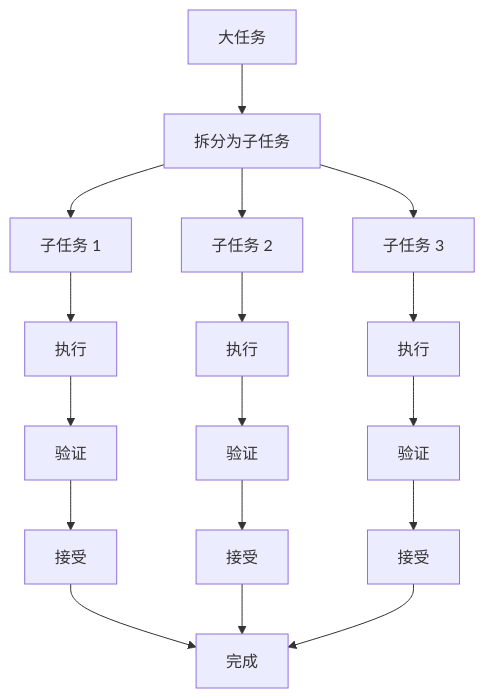
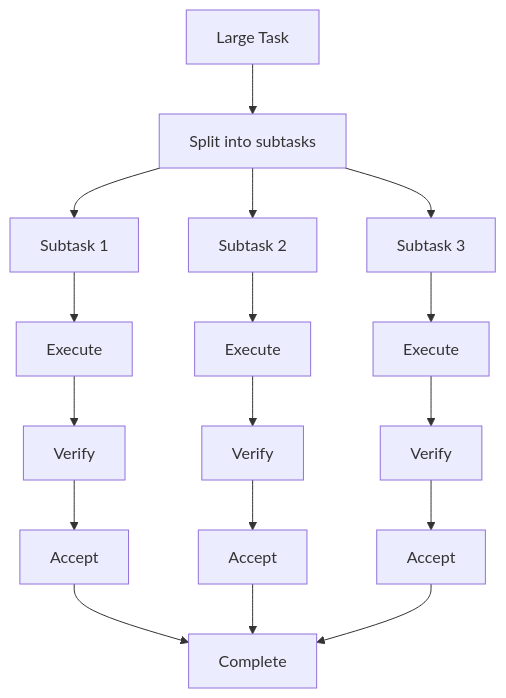
Before and after one commit to DDR187/cursor-howto: the sixth of 6 diagrams in 05-composer/README.md, drawn with Mermaid. The commit also changed other lines of this file and 22 other files, not shown here.

````diff
--- a/05-composer/README.md
+++ b/05-composer/README.md
@@ -304,23 +304,23 @@
 ```mermaid
 flowchart TB
-    A[大任务] --> B[拆分为子任务]
-    B --> C[子任务 1]
-    B --> D[子任务 2]
-    B --> E[子任务 3]
+    A[Large Task] --> B[Split into subtasks]
+    B --> C[Subtask 1]
+    B --> D[Subtask 2]
+    B --> E[Subtask 3]
     
-    C --> C1[执行]
-    C1 --> C2[验证]
-    C2 --> C3[接受]
+    C --> C1[Execute]
+    C1 --> C2[Verify]
+    C2 --> C3[Accept]
     
-    D --> D1[执行]
-    D1 --> D2[验证]
-    D2 --> D3[接受]
+    D --> D1[Execute]
+    D1 --> D2[Verify]
+    D2 --> D3[Accept]
     
-    E --> E1[执行]
-    E1 --> E2[验证]
-    E2 --> E3[接受]
+    E --> E1[Execute]
+    E1 --> E2[Verify]
+    E2 --> E3[Accept]
     
-    C3 --> F[完成]
+    C3 --> F[Complete]
     D3 --> F
     E3 --> F
 ```
````
